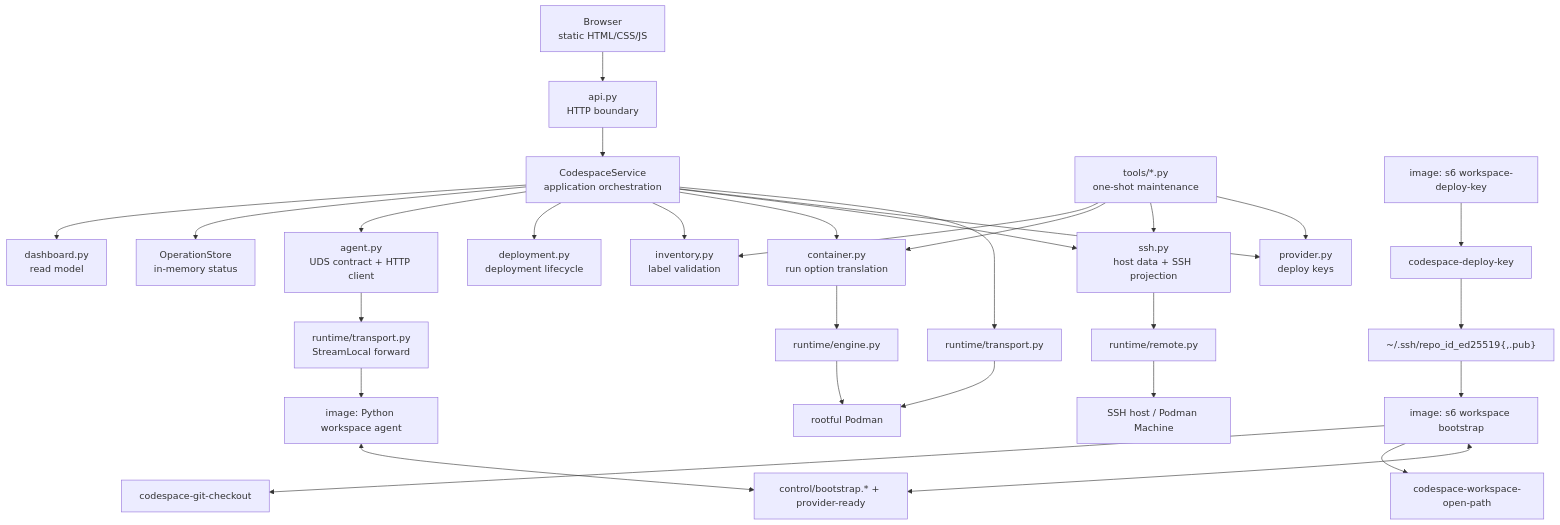
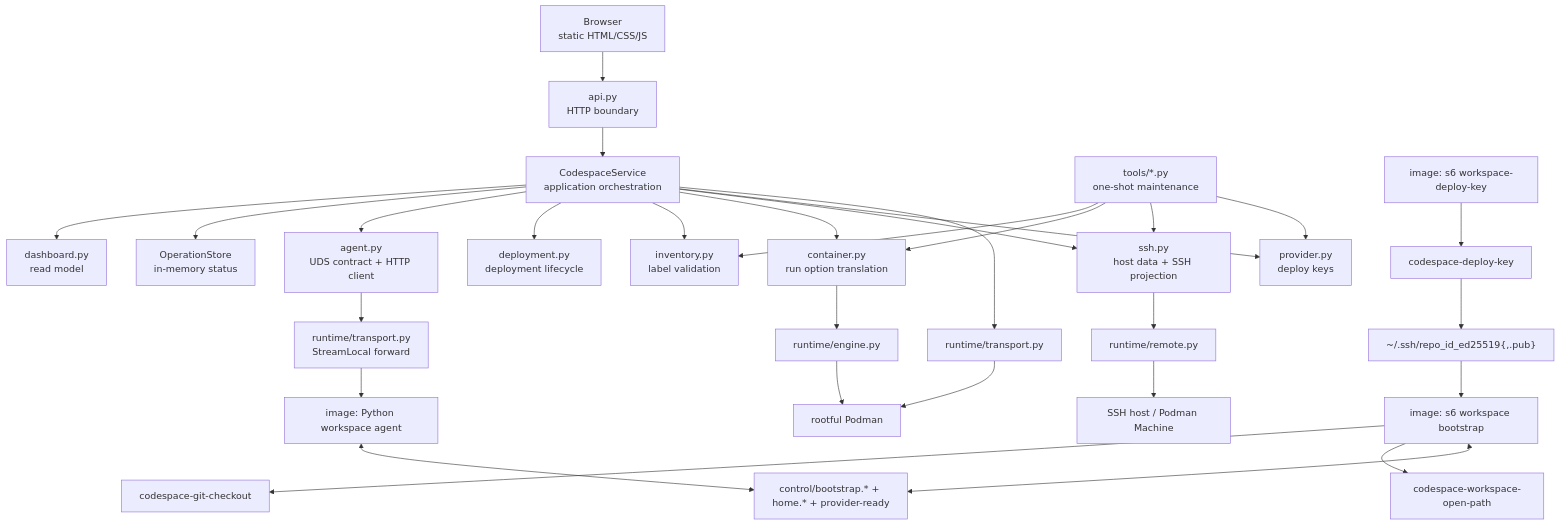
The second of 9 diagrams in controller/DESIGN.md (curoky/codespace), drawn with Mermaid before and after one commit. The commit also changed other lines of this file and 44 other files, not shown here.

````diff
--- a/controller/DESIGN.md
+++ b/controller/DESIGN.md
@@ -54,34 +54,34 @@
 ```mermaid
 flowchart TB
     Browser["Browser<br/>static HTML/CSS/JS"] --> API["api.py<br/>HTTP boundary"]
     API --> Service["CodespaceService<br/>application orchestration"]
     Service --> Dashboard["dashboard.py<br/>read model"]
     Service --> Operations["OperationStore<br/>in-memory status"]
     Service --> Agent["agent.py<br/>UDS contract + HTTP client"]
     Service --> Deployment["deployment.py<br/>deployment lifecycle"]
     Service --> Inventory["inventory.py<br/>label validation"]
     Service --> Container["container.py<br/>run option translation"]
     Service --> SSH["ssh.py<br/>host data + SSH projection"]
     Service --> Provider["provider.py<br/>deploy keys"]
 
     CLI["tools/*.py<br/>one-shot maintenance"] --> Inventory
     CLI --> Container
     CLI --> SSH
     CLI --> Provider
 
     Container --> Engine["runtime/engine.py"]
     Agent --> Tunnel["runtime/transport.py<br/>StreamLocal forward"]
     Tunnel --> ImageAgent["image: Python workspace agent"]
     DeployKeyService["image: s6 workspace-deploy-key"] --> DeployKeyHelper["codespace-deploy-key"]
     DeployKeyHelper --> DeployKeyPair["~/.ssh/repo_id_ed25519{,.pub}"]
     DeployKeyPair --> ImageBootstrap["image: s6 workspace bootstrap"]
     ImageBootstrap --> CheckoutHelper["codespace-git-checkout"]
     ImageBootstrap --> OpenPathHelper["codespace-workspace-open-path"]
-    ImageAgent <--> BootstrapState["control/bootstrap.* + provider-ready"]
+    ImageAgent <--> BootstrapState["control/bootstrap.* + home.* + provider-ready"]
     ImageBootstrap <--> BootstrapState
     SSH --> Remote["runtime/remote.py"]
     Service --> Transport["runtime/transport.py"]
     Engine --> Podman["rootful Podman"]
     Transport --> Podman
     Remote --> Host["SSH host / Podman Machine"]
 ```
````
